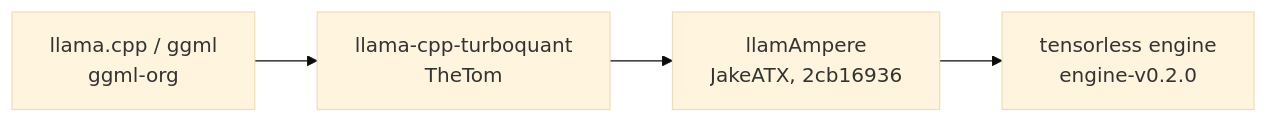
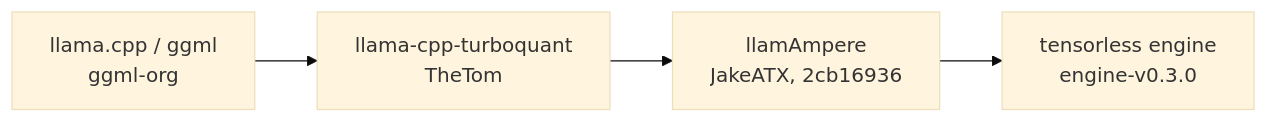
One commit to iammrduncan/tensorless changed the diagram in site/src/content/docs/docs/explanation/the-engine.md. Above: the diagram before and after it, drawn with Mermaid (base theme). The commit also changed other lines of this file and 45 other files, not shown here.

````diff
--- a/site/src/content/docs/docs/explanation/the-engine.md
+++ b/site/src/content/docs/docs/explanation/the-engine.md
@@ -13,6 +13,6 @@
 ```mermaid
 flowchart LR
     A["llama.cpp / ggml<br/>ggml-org"] --> B["llama-cpp-turboquant<br/>TheTom"]
     B --> C["llamAmpere<br/>JakeATX, 2cb16936"]
-    C --> D["tensorless engine<br/>engine-v0.2.0"]
+    C --> D["tensorless engine<br/>engine-v0.3.0"]
 ```
````
